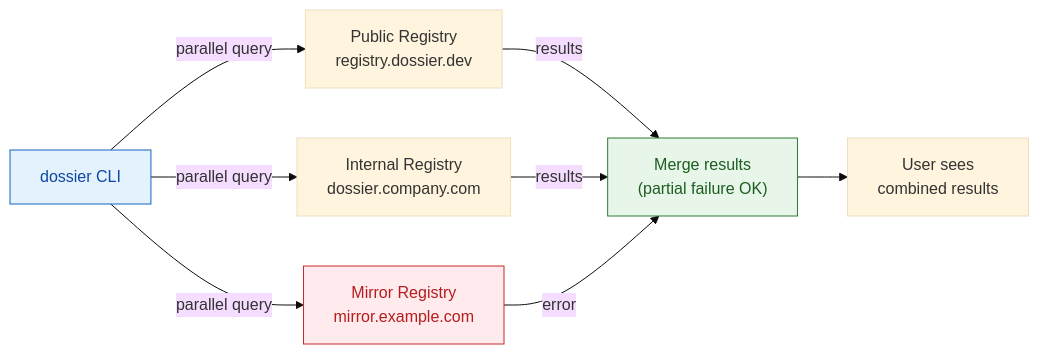
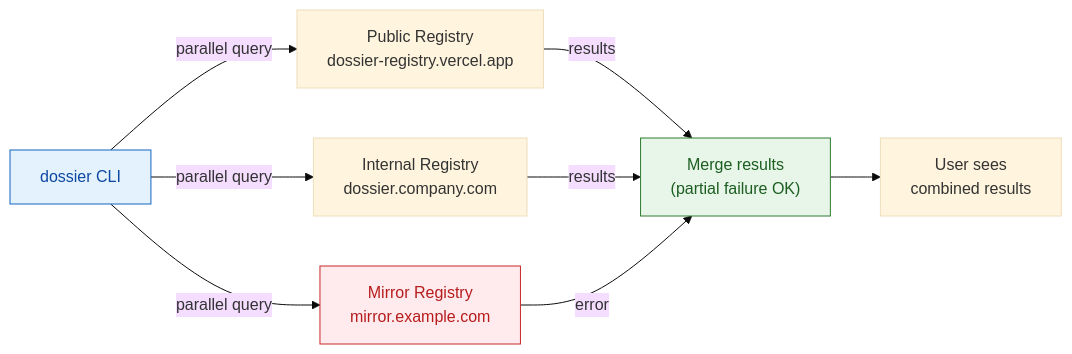
Before and after one commit to imboard-ai/ai-dossier: the fifth of 5 diagrams in README.md, drawn with Mermaid (base theme). The commit also changed other lines of this file and 23 other files, not shown here.

````diff
--- a/README.md
+++ b/README.md
@@ -303,16 +304,16 @@
 ```mermaid
 flowchart LR
-    CLI["dossier CLI"] -->|"parallel query"| R1["Public Registry\nregistry.dossier.dev"]
+    CLI["dossier CLI"] -->|"parallel query"| R1["Public Registry\ndossier-registry.vercel.app"]
     CLI -->|"parallel query"| R2["Internal Registry\ndossier.company.com"]
     CLI -->|"parallel query"| R3["Mirror Registry\nmirror.example.com"]
 
     R1 -->|"results"| Merge["Merge results\n(partial failure OK)"]
     R2 -->|"results"| Merge
     R3 -->|"error"| Merge
 
     Merge --> User["User sees\ncombined results"]
 
     style CLI fill:#e3f2fd,stroke:#1565c0,color:#0d47a1
     style Merge fill:#e8f5e9,stroke:#2e7d32,color:#1b5e20
     style R3 fill:#ffebee,stroke:#c62828,color:#b71c1c
 ```
````
